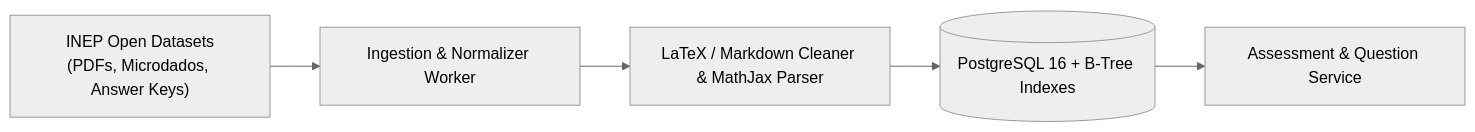
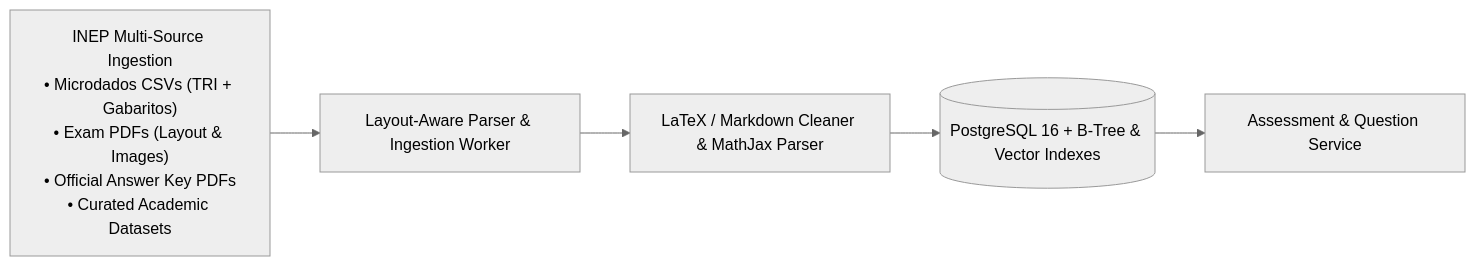
Before and after one commit to Veras-D/AprovaENEM: the diagram in docs/sprint-1/02-project-charter.md, drawn with Mermaid (neutral theme). The commit also changed other lines of this file and 3 other files, not shown here.

Commit message:
docs(ingestion): architect multi-source extraction pipeline with INEP Microdados and PyMuPDF

````diff
--- a/docs/sprint-1/02-project-charter.md
+++ b/docs/sprint-1/02-project-charter.md
@@ -29,7 +29,7 @@
 ```mermaid
 flowchart LR
-    INEP["INEP Open Datasets<br/>(PDFs, Microdados, Answer Keys)"] --> IngestionScript["Ingestion & Normalizer Worker"]
+    INEP["INEP Multi-Source Ingestion<br/>• Microdados CSVs (TRI + Gabaritos)<br/>• Exam PDFs (Layout & Images)<br/>• Official Answer Key PDFs<br/>• Curated Academic Datasets"] --> IngestionScript["Layout-Aware Parser & Ingestion Worker"]
     IngestionScript --> Sanitizer["LaTeX / Markdown Cleaner & MathJax Parser"]
-    Sanitizer --> DB[(PostgreSQL 16 + B-Tree Indexes)]
+    Sanitizer --> DB[(PostgreSQL 16 + B-Tree & Vector Indexes)]
     DB --> AssessmentService["Assessment & Question Service"]
 ```
````
